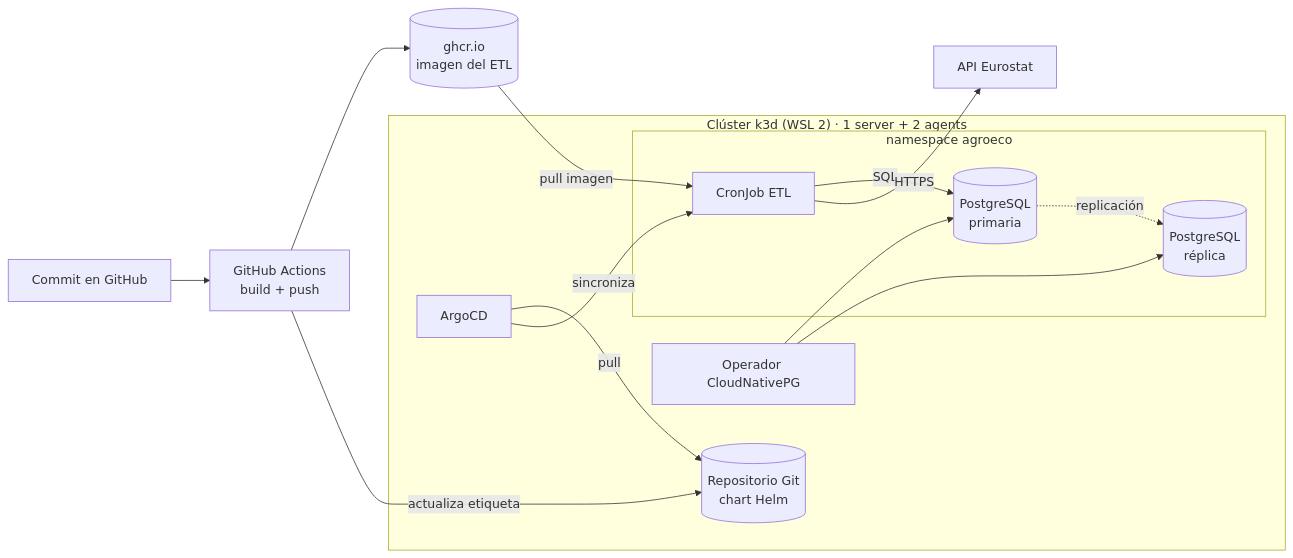
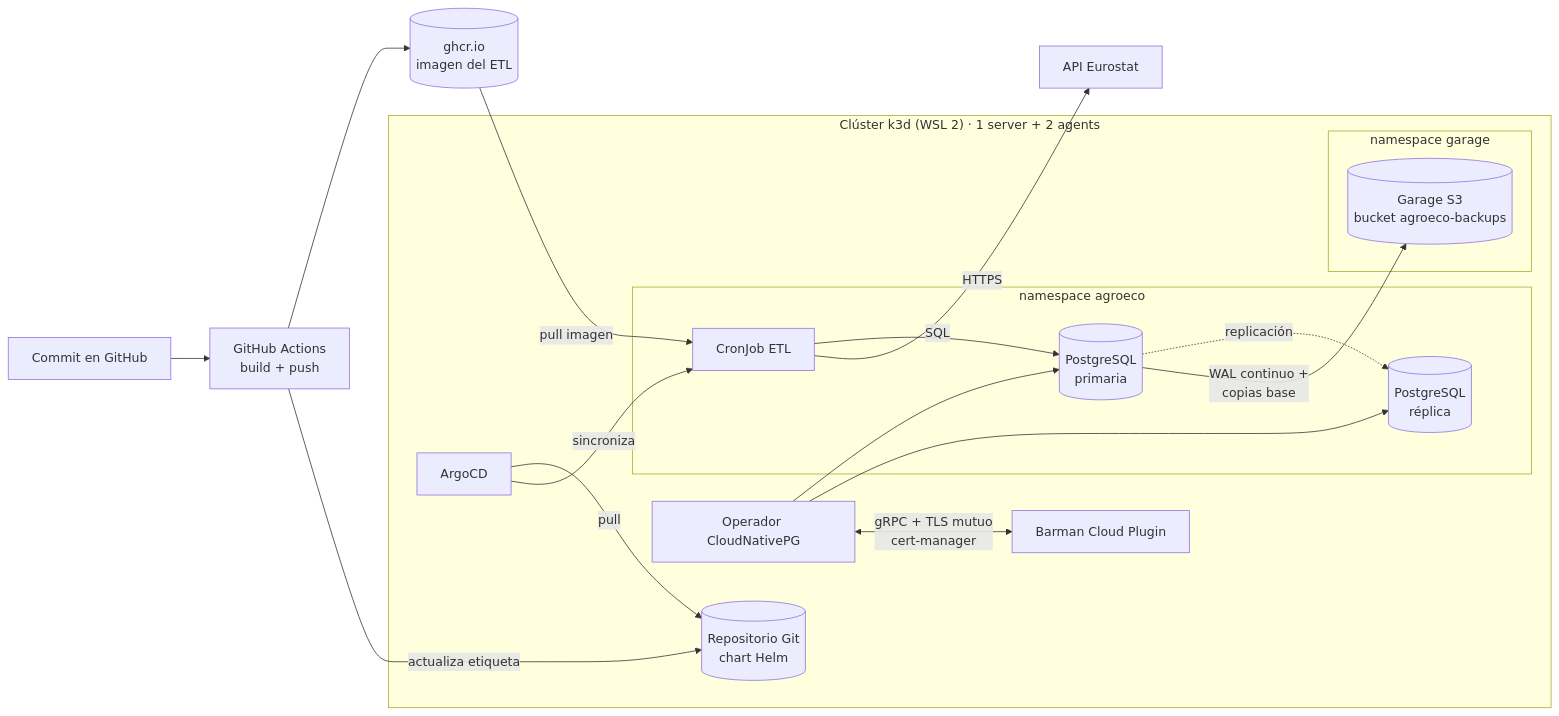
One commit to SamAnaya11/Agroeco-EU_K8s-Platform changed the diagram in README.md. Above: the diagram before and after it, drawn with Mermaid. The commit also changed other lines of this file and 12 other files, not shown here.

````diff
--- a/README.md
+++ b/README.md
@@ -21,20 +25,25 @@
 ```mermaid
 flowchart LR
     dev[Commit en GitHub] --> gha[GitHub Actions<br/>build + push]
     gha --> ghcr[(ghcr.io<br/>imagen del ETL)]
     gha -->|actualiza etiqueta| repo[(Repositorio Git<br/>chart Helm)]
 
     subgraph k3d["Clúster k3d (WSL 2) · 1 server + 2 agents"]
         argo[ArgoCD] -->|pull| repo
         argo -->|sincroniza| chart
         subgraph ns["namespace agroeco"]
             chart[CronJob ETL] -->|SQL| pg1[(PostgreSQL<br/>primaria)]
             pg1 -.replicación.-> pg2[(PostgreSQL<br/>réplica)]
         end
         cnpg[Operador CloudNativePG] --> pg1
         cnpg --> pg2
+        cnpg <-->|gRPC + TLS mutuo<br/>cert-manager| plugin[Barman Cloud Plugin]
+        subgraph nsg["namespace garage"]
+            garage[(Garage S3<br/>bucket agroeco-backups)]
+        end
+        pg1 -->|WAL continuo +<br/>copias base| garage
     end
 
     chart -->|HTTPS| eurostat[API Eurostat]
     ghcr -->|pull imagen| chart
 ```
````
